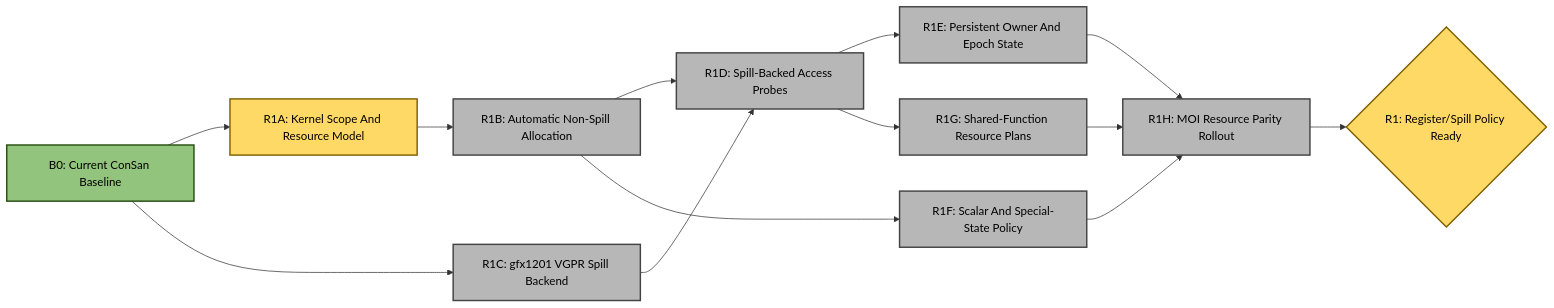
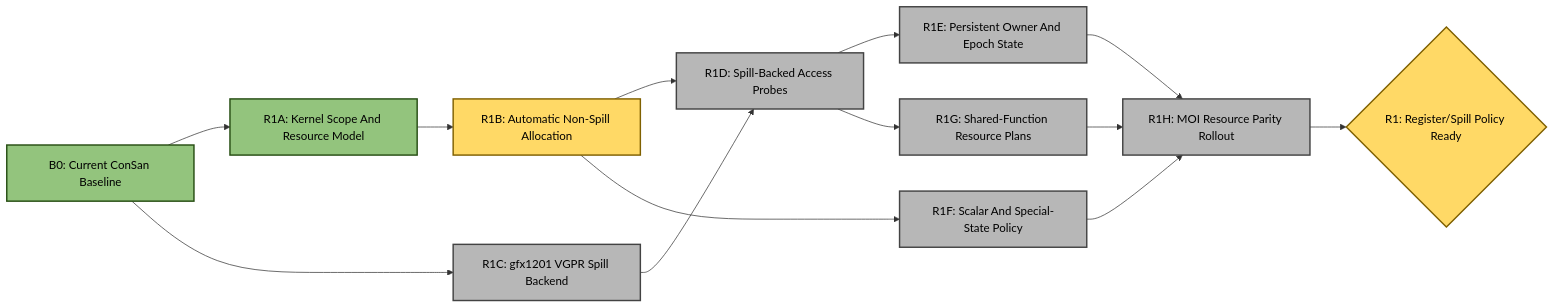
Before and after one commit to ROCm/rocm-systems: the first of 4 diagrams in emulation/rocjitsu/docs/consan/PLAN.md, drawn with Mermaid. The commit also changed other lines of this file and 11 other files, not shown here.

Commit message:
Add kernel-scoped ConSan resource planning

````diff
--- a/emulation/rocjitsu/docs/consan/PLAN.md
+++ b/emulation/rocjitsu/docs/consan/PLAN.md
@@ -85,30 +85,30 @@
 ```mermaid
 flowchart LR
   B0["B0: Current ConSan Baseline"]:::done
-  R1A["R1A: Kernel Scope And Resource Model"]:::active
-  R1B["R1B: Automatic Non-Spill Allocation"]:::todo
+  R1A["R1A: Kernel Scope And Resource Model"]:::done
+  R1B["R1B: Automatic Non-Spill Allocation"]:::active
   R1C["R1C: gfx1201 VGPR Spill Backend"]:::todo
   R1D["R1D: Spill-Backed Access Probes"]:::todo
   R1E["R1E: Persistent Owner And Epoch State"]:::todo
   R1F["R1F: Scalar And Special-State Policy"]:::todo
   R1G["R1G: Shared-Function Resource Plans"]:::todo
   R1H["R1H: MOI Resource Parity Rollout"]:::todo
   R1{"R1: Register/Spill Policy Ready"}:::active
 
   B0 --> R1A
   B0 --> R1C
   R1A --> R1B
   R1B --> R1D
   R1C --> R1D
   R1B --> R1F
   R1D --> R1E
   R1D --> R1G
   R1E --> R1H
   R1F --> R1H
   R1G --> R1H
   R1H --> R1
 
   classDef done fill:#93c47d,stroke:#274e13,stroke-width:2px,color:#000;
   classDef active fill:#ffd966,stroke:#7f6000,stroke-width:2px,color:#000;
   classDef todo fill:#b7b7b7,stroke:#434343,stroke-width:2px,color:#000;
 ```
````
